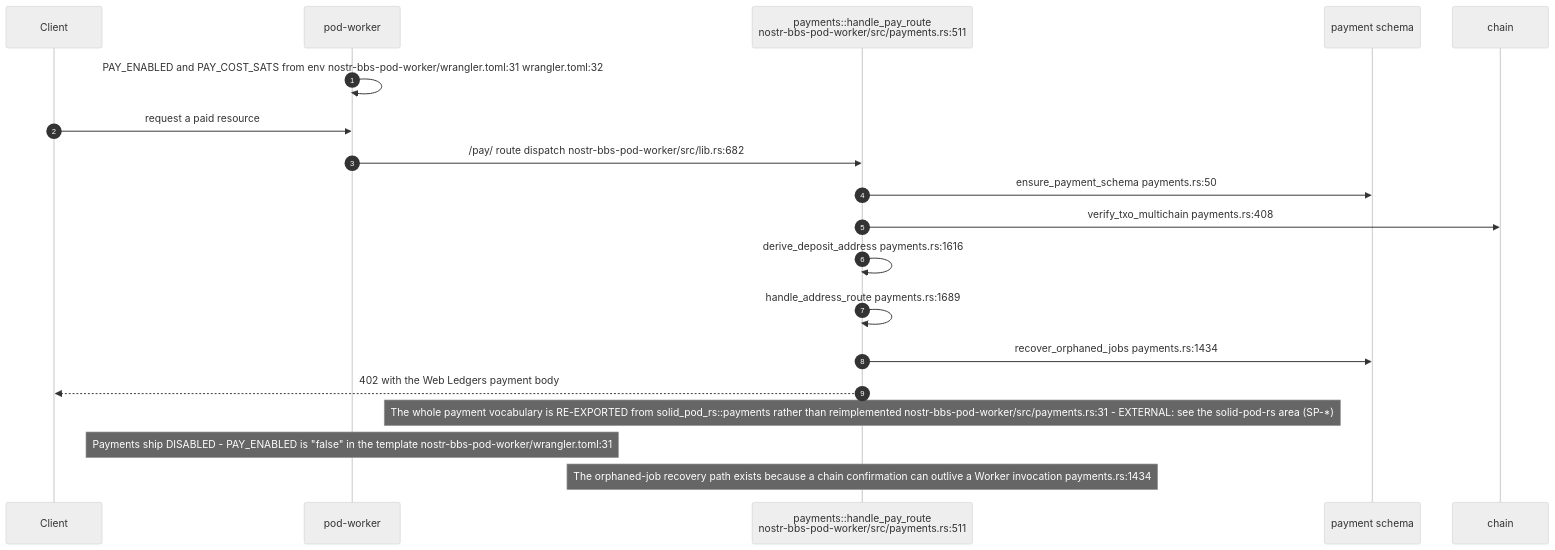
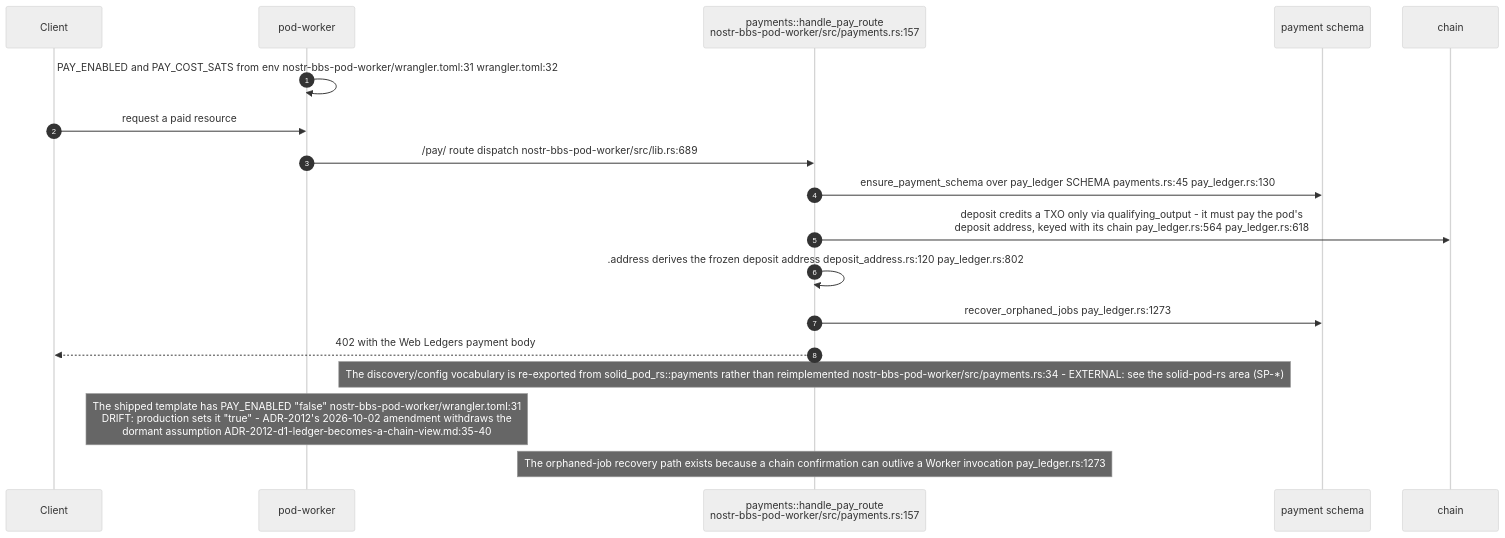
Before and after one commit to DreamLab-AI/VisionFlow: the eighth of 10 diagrams in docs/diagrams/nostr-rust-forum/04-pod-worker-ldp-wac-and-delegation.md, drawn with Mermaid (neutral theme). The commit also changed other lines of this file and 111 other files, not shown here.

Commit message:
docs(diagrams): align estate maps with current source

````diff
--- a/docs/diagrams/nostr-rust-forum/04-pod-worker-ldp-wac-and-delegation.md
+++ b/docs/diagrams/nostr-rust-forum/04-pod-worker-ldp-wac-and-delegation.md
@@ -232,23 +235,22 @@
 ```mermaid
 sequenceDiagram
     autonumber
     participant C as Client
     participant W as pod-worker
-    participant PAY as payments::handle_pay_route<br/>nostr-bbs-pod-worker/src/payments.rs:511
+    participant PAY as payments::handle_pay_route<br/>nostr-bbs-pod-worker/src/payments.rs:157
     participant D1 as payment schema
     participant CH as chain
 
     W->>W: PAY_ENABLED and PAY_COST_SATS from env nostr-bbs-pod-worker/wrangler.toml:31 wrangler.toml:32
     C->>W: request a paid resource
-    W->>PAY: /pay/ route dispatch nostr-bbs-pod-worker/src/lib.rs:682
-    PAY->>D1: ensure_payment_schema payments.rs:50
-    PAY->>CH: verify_txo_multichain payments.rs:408
-    PAY->>PAY: derive_deposit_address payments.rs:1616
-    PAY->>PAY: handle_address_route payments.rs:1689
-    PAY->>D1: recover_orphaned_jobs payments.rs:1434
+    W->>PAY: /pay/ route dispatch nostr-bbs-pod-worker/src/lib.rs:689
+    PAY->>D1: ensure_payment_schema over pay_ledger SCHEMA payments.rs:45 pay_ledger.rs:130
+    PAY->>CH: deposit credits a TXO only via qualifying_output - it must pay the pod's<br/>deposit address, keyed with its chain pay_ledger.rs:564 pay_ledger.rs:618
+    PAY->>PAY: .address derives the frozen deposit address deposit_address.rs:120 pay_ledger.rs:802
+    PAY->>D1: recover_orphaned_jobs pay_ledger.rs:1273
     PAY-->>C: 402 with the Web Ledgers payment body
 
-    Note over PAY: The whole payment vocabulary is RE-EXPORTED from solid_pod_rs::payments rather than reimplemented nostr-bbs-pod-worker/src/payments.rs:31 - EXTERNAL: see the solid-pod-rs area (SP-*)
-    Note over W: Payments ship DISABLED - PAY_ENABLED is "false" in the template nostr-bbs-pod-worker/wrangler.toml:31
-    Note over PAY: The orphaned-job recovery path exists because a chain confirmation can outlive a Worker invocation payments.rs:1434
+    Note over PAY: The discovery/config vocabulary is re-exported from solid_pod_rs::payments rather than reimplemented nostr-bbs-pod-worker/src/payments.rs:34 - EXTERNAL: see the solid-pod-rs area (SP-*)
+    Note over W: The shipped template has PAY_ENABLED "false" nostr-bbs-pod-worker/wrangler.toml:31<br/>DRIFT: production sets it "true" - ADR-2012's 2026-10-02 amendment withdraws the<br/>dormant assumption ADR-2012-d1-ledger-becomes-a-chain-view.md:35-40
+    Note over PAY: The orphaned-job recovery path exists because a chain confirmation can outlive a Worker invocation pay_ledger.rs:1273
 ```
````
